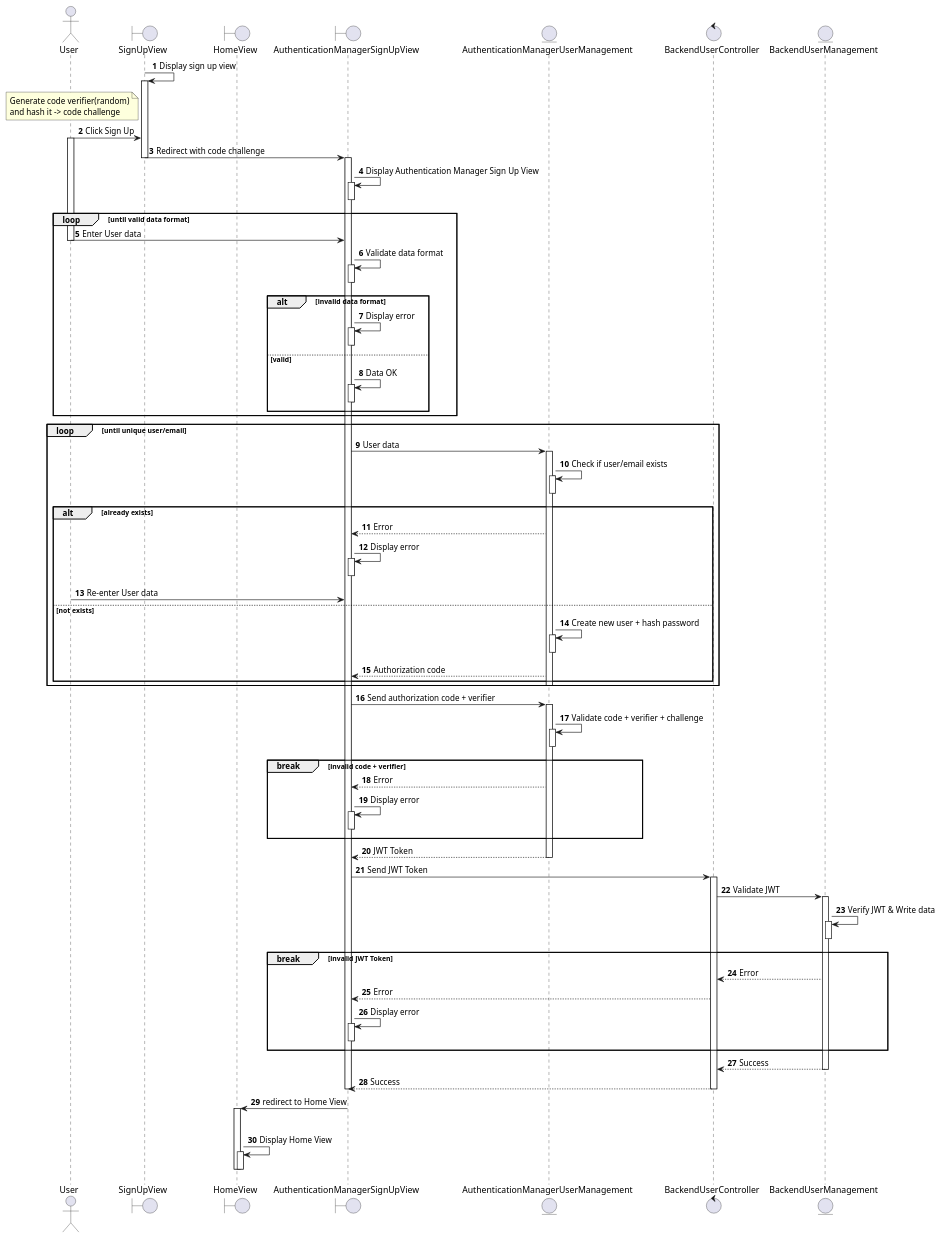
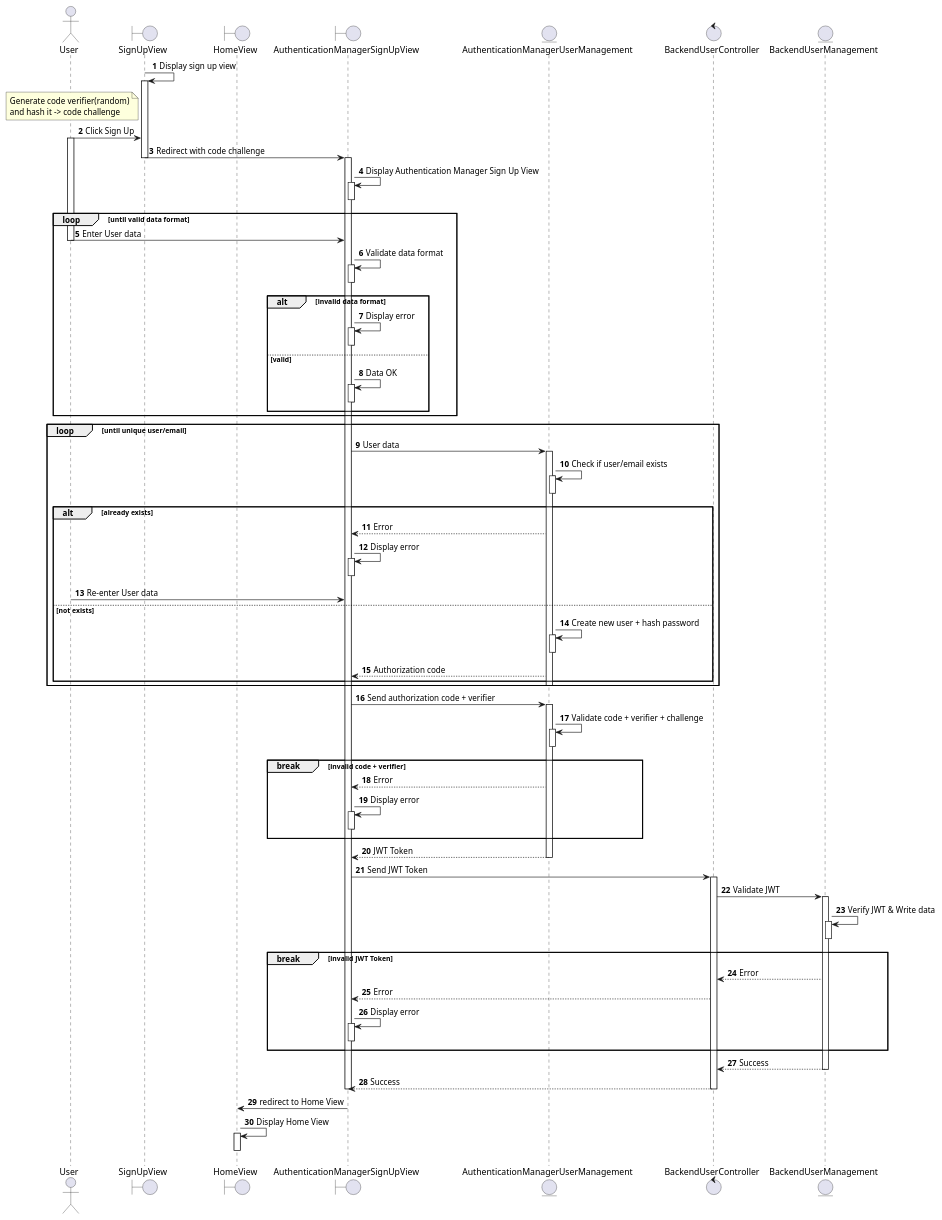
Before and after one commit to electricilies/electricilies.github.io: the diagram in docs/docs/sequence/auth/sign-up.md, drawn with PlantUML. The commit also changed 1 other file, not shown here.

Commit message:
fix: babe, i'm fine

````diff
--- a/docs/docs/sequence/auth/sign-up.md
+++ b/docs/docs/sequence/auth/sign-up.md
@@ -106,12 +106,10 @@
 deactivate BUC
 deactivate AMSUV
 HV<-AMSUV: redirect to Home View
-activate HV
 deactivate AMSUV
 HV -> HV: Display Home View
 activate HV
 deactivate HV
 
-deactivate HV
 @enduml
 ```
````
